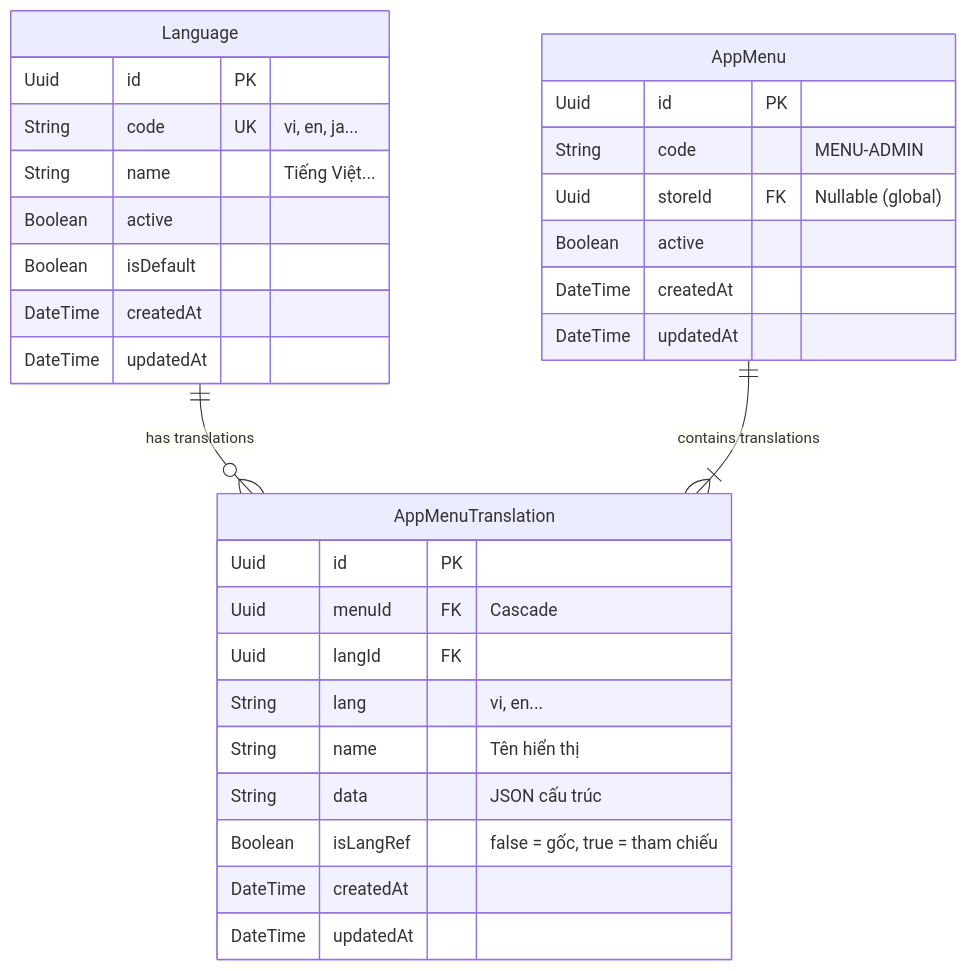
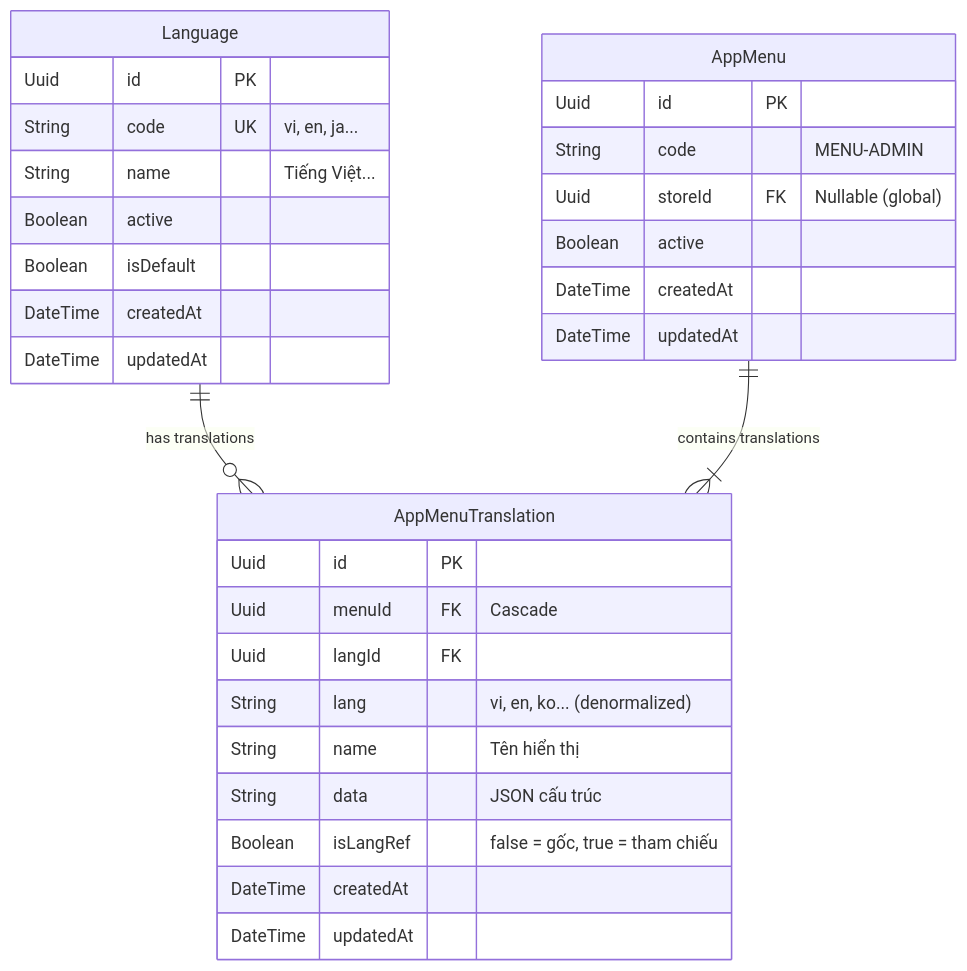
Before and after one commit to thuongtamduy/Denolith: the first of 2 diagrams in docs/MULTILINGUAL_STORE_ARCHITECTURE.md, drawn with Mermaid. The commit also changed other lines of this file and 1 other file, not shown here.

Commit message:
feat: add partial unique index to app_menus to enforce global code uniqueness and update architecture documentation

````diff
--- a/docs/MULTILINGUAL_STORE_ARCHITECTURE.md
+++ b/docs/MULTILINGUAL_STORE_ARCHITECTURE.md
@@ -35,36 +35,36 @@
 ```mermaid
 erDiagram
     Language ||--o{ AppMenuTranslation : "has translations"
     AppMenu ||--|{ AppMenuTranslation : "contains translations"
     
     Language {
         Uuid id PK
         String code UK "vi, en, ja..."
         String name "Tiếng Việt..."
         Boolean active
         Boolean isDefault
         DateTime createdAt
         DateTime updatedAt
     }
 
     AppMenu {
         Uuid id PK
         String code "MENU-ADMIN"
         Uuid storeId FK "Nullable (global)"
         Boolean active
         DateTime createdAt
         DateTime updatedAt
     }
 
     AppMenuTranslation {
         Uuid id PK
         Uuid menuId FK "Cascade"
         Uuid langId FK
-        String lang "vi, en..."
+        String lang "vi, en, ko... (denormalized)"
         String name "Tên hiển thị"
         String data "JSON cấu trúc"
         Boolean isLangRef "false = gốc, true = tham chiếu"
         DateTime createdAt
         DateTime updatedAt
     }
 ```
````
